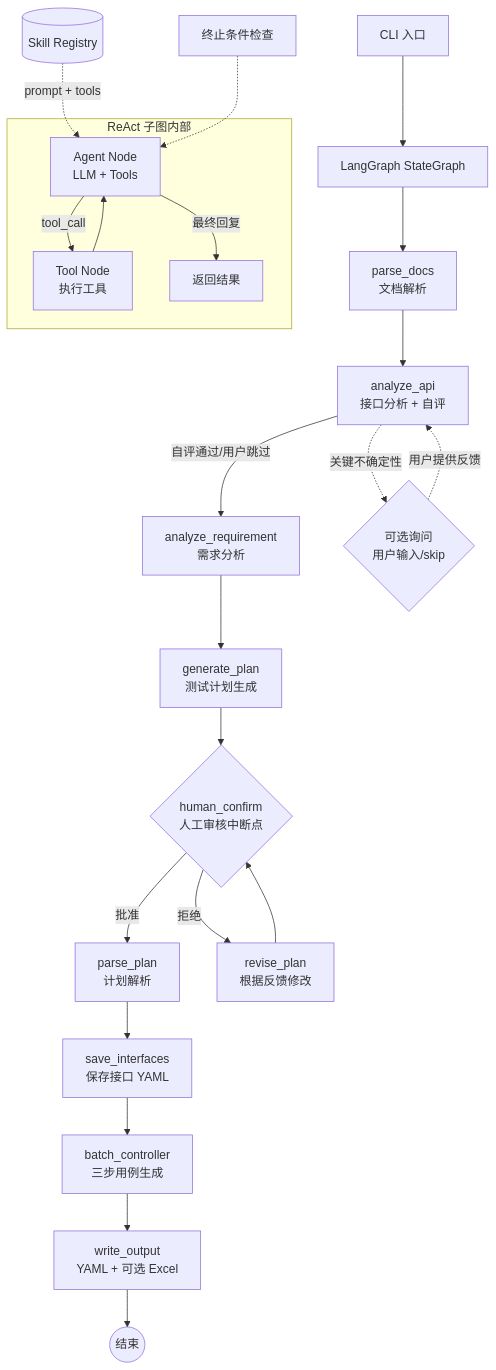
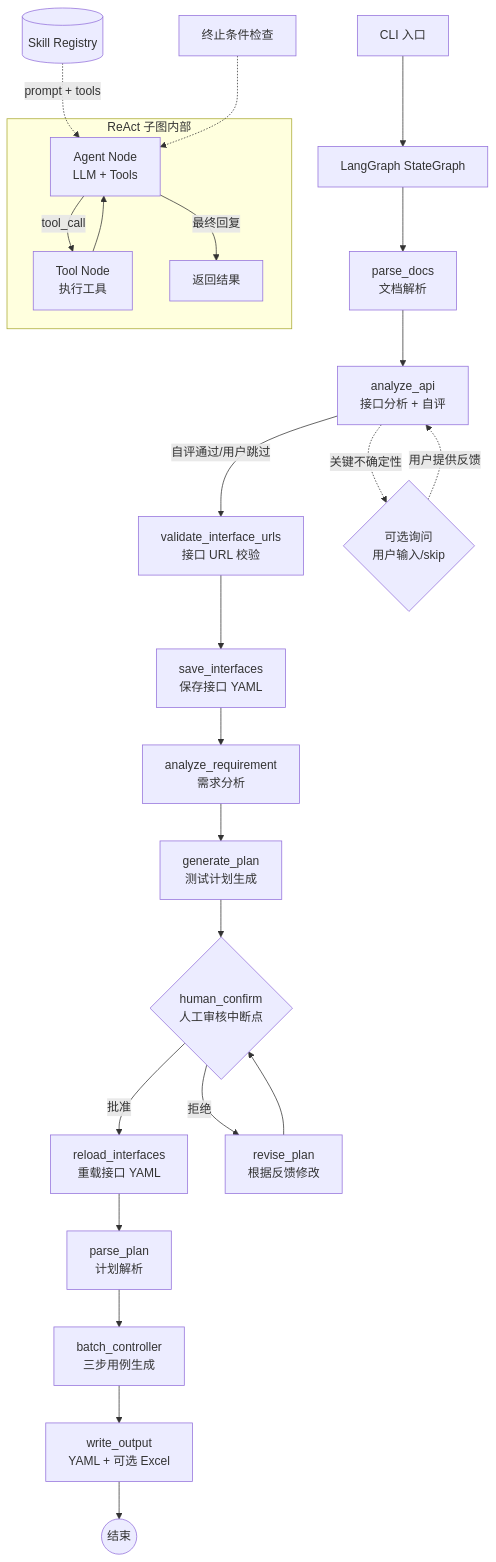
One commit to Remon-16/flow-forge changed the diagram in agent/README.md. Above: the diagram before and after it, drawn with Mermaid. The commit also changed other lines of this file and 20 other files, not shown here.

````diff
--- a/agent/README.md
+++ b/agent/README.md
@@ -9,27 +9,29 @@
 ```mermaid
 graph TD
     CLI[CLI 入口] --> GRAPH[LangGraph StateGraph]
     GRAPH --> PARSE[parse_docs<br/>文档解析]
     PARSE --> ANALYZE_API[analyze_api<br/>接口分析 + 自评]
-    ANALYZE_API -->|自评通过/用户跳过| ANALYZE_REQ[analyze_requirement<br/>需求分析]
+    ANALYZE_API -->|自评通过/用户跳过| VALIDATE_URLS[validate_interface_urls<br/>接口 URL 校验]
     ANALYZE_API -.->|关键不确定性| API_ASK{可选询问<br/>用户输入/skip}
     API_ASK -.->|用户提供反馈| ANALYZE_API
+    VALIDATE_URLS --> SAVE_IFACES[save_interfaces<br/>保存接口 YAML]
+    SAVE_IFACES --> ANALYZE_REQ[analyze_requirement<br/>需求分析]
     ANALYZE_REQ --> GEN_PLAN[generate_plan<br/>测试计划生成]
     GEN_PLAN --> CONFIRM{human_confirm<br/>人工审核中断点}
-    CONFIRM -->|批准| PARSE_PLAN[parse_plan<br/>计划解析]
+    CONFIRM -->|批准| RELOAD_IFACES[reload_interfaces<br/>重载接口 YAML]
     CONFIRM -->|拒绝| REVISE[revise_plan<br/>根据反馈修改]
     REVISE --> CONFIRM
-    PARSE_PLAN --> SAVE_IFACES[save_interfaces<br/>保存接口 YAML]
-    SAVE_IFACES --> BATCH[batch_controller<br/>三步用例生成]
+    RELOAD_IFACES --> PARSE_PLAN[parse_plan<br/>计划解析]
+    PARSE_PLAN --> BATCH[batch_controller<br/>三步用例生成]
     BATCH --> WRITE[write_output<br/>YAML + 可选 Excel]
     WRITE --> END((结束))
 
     subgraph ReAct 子图内部
         AGENT[Agent Node<br/>LLM + Tools] -->|tool_call| TOOLS[Tool Node<br/>执行工具]
         TOOLS --> AGENT
         AGENT -->|最终回复| DONE[返回结果]
     end
 
     SKILLS[(Skill Registry)] -.->|prompt + tools| AGENT
     TERM[终止条件检查] -.-> AGENT
 ```
````
